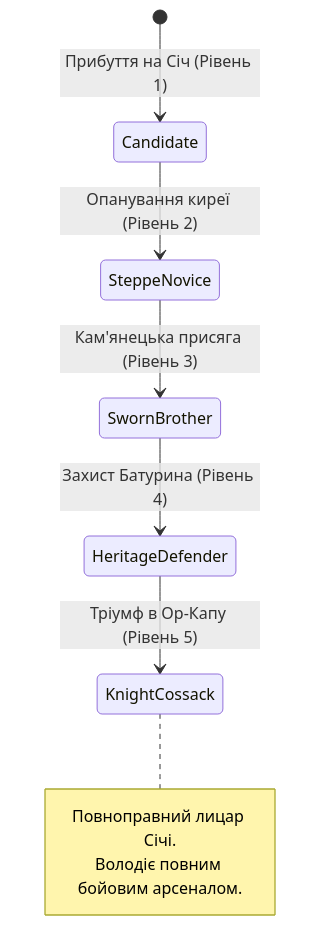
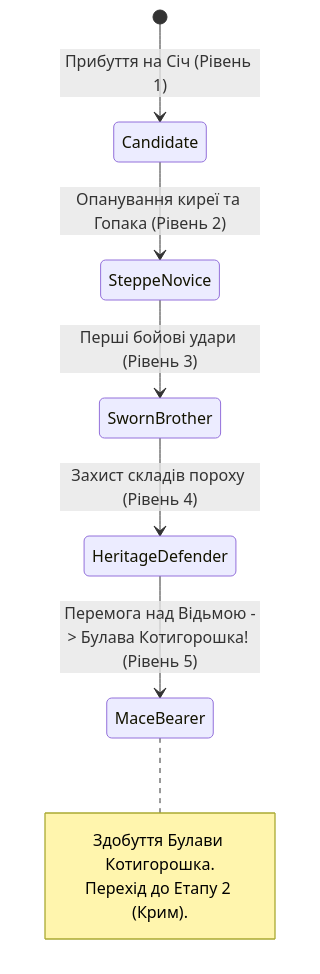
One commit to nick-fedchik/djura changed the second of 8 diagrams in docs/GDD.md. Above: the diagram before and after it, drawn with Mermaid. The commit also changed other lines of this file and 7 other files, not shown here.

````diff
--- a/docs/GDD.md
+++ b/docs/GDD.md
@@ -74,13 +74,13 @@
 ```mermaid
 stateDiagram-v2
     [*] --> Candidate: Прибуття на Січ (Рівень 1)
-    Candidate --> SteppeNovice: Опанування киреї (Рівень 2)
-    SteppeNovice --> SwornBrother: Кам'янецька присяга (Рівень 3)
-    SwornBrother --> HeritageDefender: Захист Батурина (Рівень 4)
-    HeritageDefender --> KnightCossack: Тріумф в Ор-Капу (Рівень 5)
+    Candidate --> SteppeNovice: Опанування киреї та Гопака (Рівень 2)
+    SteppeNovice --> SwornBrother: Перші бойові удари (Рівень 3)
+    SwornBrother --> HeritageDefender: Захист складів пороху (Рівень 4)
+    HeritageDefender --> MaceBearer: Перемога над Відьмою -> Булава Котигорошка! (Рівень 5)
 
-    note right of KnightCossack
-        Повноправний лицар Січі.
-        Володіє повним бойовим арсеналом.
+    note right of MaceBearer
+        Здобуття Булави Котигорошка.
+        Перехід до Етапу 2 (Крим).
     end note
 ```
````
